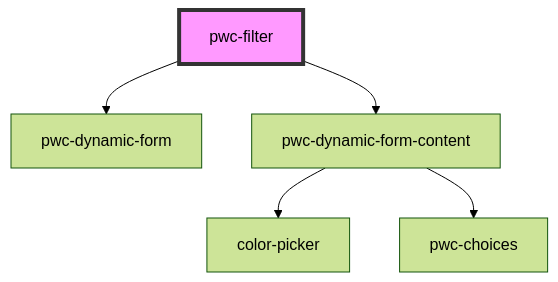
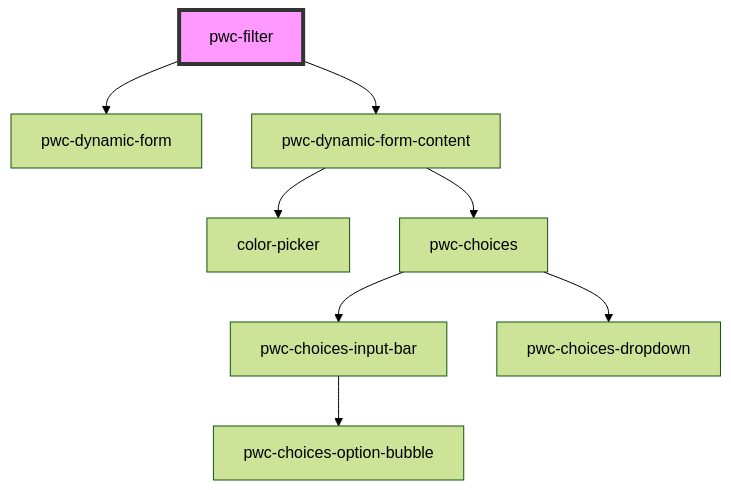
The diagram in src/components/pwc-filter/readme.md (Paraboly/pwc-filter), drawn with Mermaid (forest theme) before and after one commit. The commit also changed 5 other files, not shown here.

````diff
--- a/src/components/pwc-filter/readme.md
+++ b/src/components/pwc-filter/readme.md
@@ -42,8 +42,11 @@
 ```mermaid
 graph TD;
   pwc-filter --> pwc-dynamic-form
   pwc-filter --> pwc-dynamic-form-content
   pwc-dynamic-form-content --> color-picker
   pwc-dynamic-form-content --> pwc-choices
+  pwc-choices --> pwc-choices-input-bar
+  pwc-choices --> pwc-choices-dropdown
+  pwc-choices-input-bar --> pwc-choices-option-bubble
   style pwc-filter fill:#f9f,stroke:#333,stroke-width:4px
 ```
````
